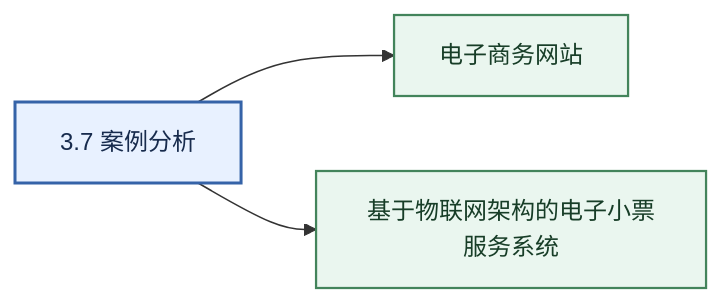
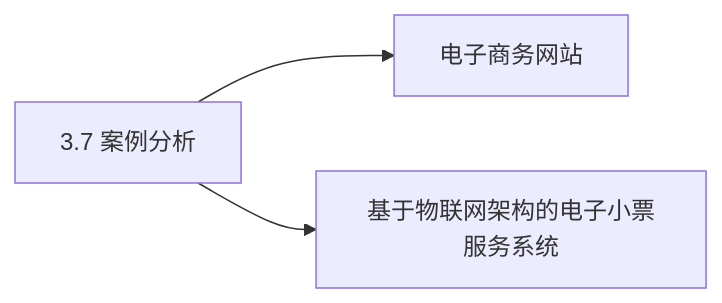
Diagram 14 of 43 in docs/system-architecture-designer/01_官方大纲与考试政策/02_案例分析大纲脑图.md (mingf423/ruankao), drawn with Mermaid before and after one commit. The commit also changed other lines of this file, not shown here.

Commit message:
Make case-analysis Mermaid diagrams renderer-compatible

````diff
--- a/docs/system-architecture-designer/01_官方大纲与考试政策/02_案例分析大纲脑图.md
+++ b/docs/system-architecture-designer/01_官方大纲与考试政策/02_案例分析大纲脑图.md
@@ -319,14 +223,8 @@
 ```mermaid
 flowchart LR
   R["3.7 案例分析"]
-  classDef root fill:#e8f1ff,stroke:#3563a8,color:#172b4d,stroke-width:2px;
-  classDef group fill:#eaf6ef,stroke:#43845b,color:#173d27,stroke-width:1.5px;
-  classDef item fill:#fff5df,stroke:#b7832f,color:#49330d,stroke-width:1px;
-  class R root;
   N1["电子商务网站"]
   R --> N1
-  class N1 group;
   N2["基于物联网架构的电子小票服务系统"]
   R --> N2
-  class N2 group;
 ```
````
